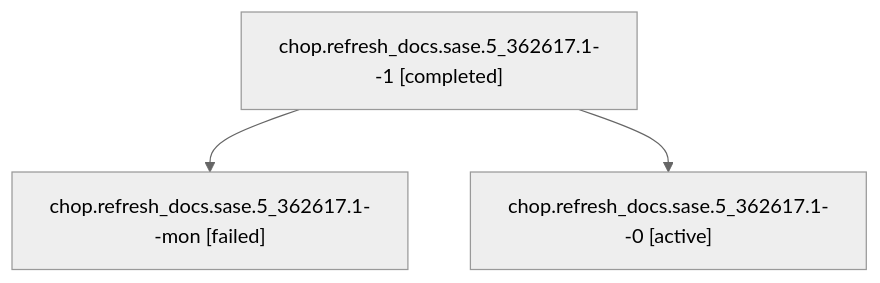
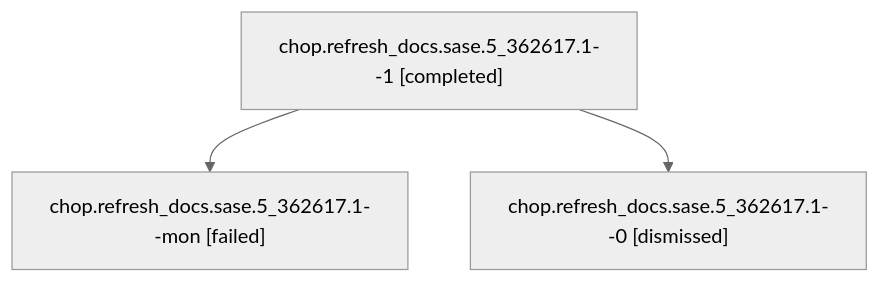
One commit to sase-org/sase--agents changed the diagram in sessions/bbugyi200.athena.chop.refresh_docs.sase.5_362617.1.md. Above: the diagram before and after it, drawn with Mermaid (neutral theme). The commit also changed other lines of this file and 351 other files, not shown here.

````diff
--- a/sessions/bbugyi200.athena.chop.refresh_docs.sase.5_362617.1.md
+++ b/sessions/bbugyi200.athena.chop.refresh_docs.sase.5_362617.1.md
@@ -9,8 +9,8 @@
 ```mermaid
 flowchart TD
   n0["chop.refresh_docs.sase.5_362617.1--1 [completed]"]
   n1["chop.refresh_docs.sase.5_362617.1--mon [failed]"]
   n0 --> n1
-  n2["chop.refresh_docs.sase.5_362617.1--0 [active]"]
+  n2["chop.refresh_docs.sase.5_362617.1--0 [dismissed]"]
   n0 --> n2
 ```
````
